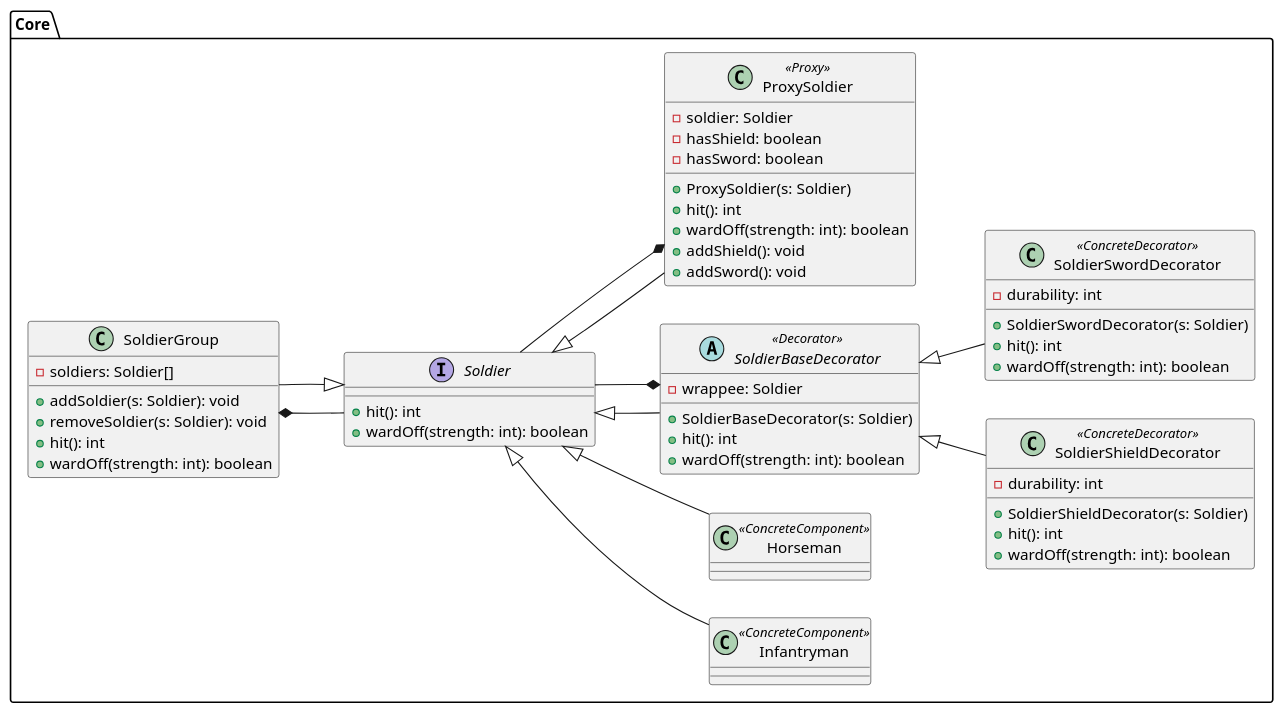
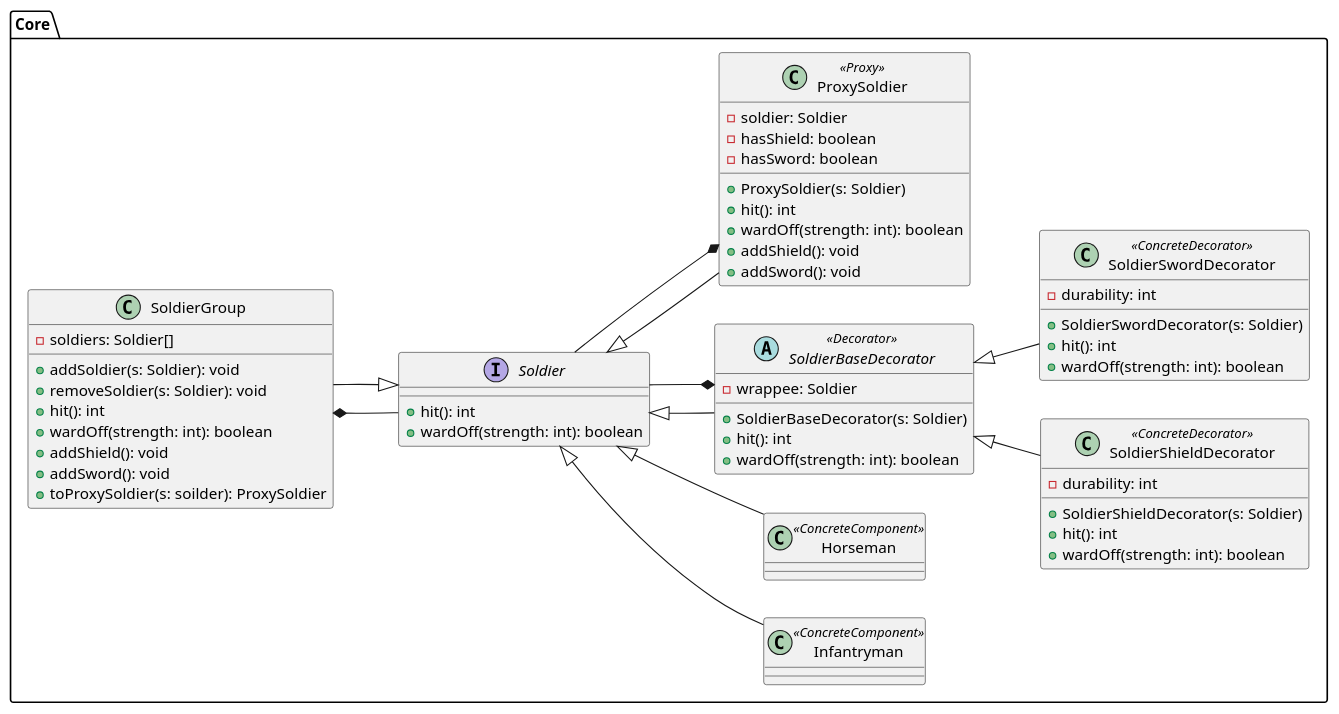
Before and after one commit to BuhDuy256/ArmyGame: the fourth of 4 diagrams in Class Diagram.md, drawn with PlantUML.

Commit message:
update 2.1 class diagram

````diff
--- a/Class Diagram.md
+++ b/Class Diagram.md
@@ -201,72 +201,75 @@
 ```plantuml
 @startuml
 left to right direction
 
 package "Core" {
     class SoldierGroup {
         -soldiers: Soldier[]
         +addSoldier(s: Soldier): void
         +removeSoldier(s: Soldier): void
         +hit(): int
         +wardOff(strength: int): boolean
+        +addShield(): void
+        +addSword(): void
+        +toProxySoldier(s: soilder): ProxySoldier
     }
 
     interface Soldier {
         +hit(): int
         +wardOff(strength: int): boolean
     }
 
     Soldier <|-- SoldierGroup
     SoldierGroup *-- Soldier
 
     class Infantryman <<ConcreteComponent>>
     class Horseman <<ConcreteComponent>>
 
     Soldier <|-- Infantryman
     Soldier <|-- Horseman
 
     abstract class SoldierBaseDecorator <<Decorator>> {
         -wrappee: Soldier
         +SoldierBaseDecorator(s: Soldier)
         +hit(): int
         +wardOff(strength: int): boolean
     }
 
     Soldier <|-- SoldierBaseDecorator
     SoldierBaseDecorator *-- Soldier
 
     class SoldierShieldDecorator <<ConcreteDecorator>> {
         -durability: int
         +SoldierShieldDecorator(s: Soldier)
         +hit(): int
         +wardOff(strength: int): boolean
     }
 
     SoldierBaseDecorator <|-- SoldierShieldDecorator
 
     class SoldierSwordDecorator <<ConcreteDecorator>> {
         -durability: int
         +SoldierSwordDecorator(s: Soldier)
         +hit(): int
         +wardOff(strength: int): boolean
     }
 
     SoldierBaseDecorator <|-- SoldierSwordDecorator
 
     class ProxySoldier <<Proxy>>
     {
         -soldier: Soldier
         -hasShield: boolean
         -hasSword: boolean
         +ProxySoldier(s: Soldier)
         +hit(): int
         +wardOff(strength: int): boolean
         +addShield(): void
         +addSword(): void
     }
 
     Soldier <|-- ProxySoldier
     ProxySoldier *-- Soldier
 }
 @enduml
 ```
````
